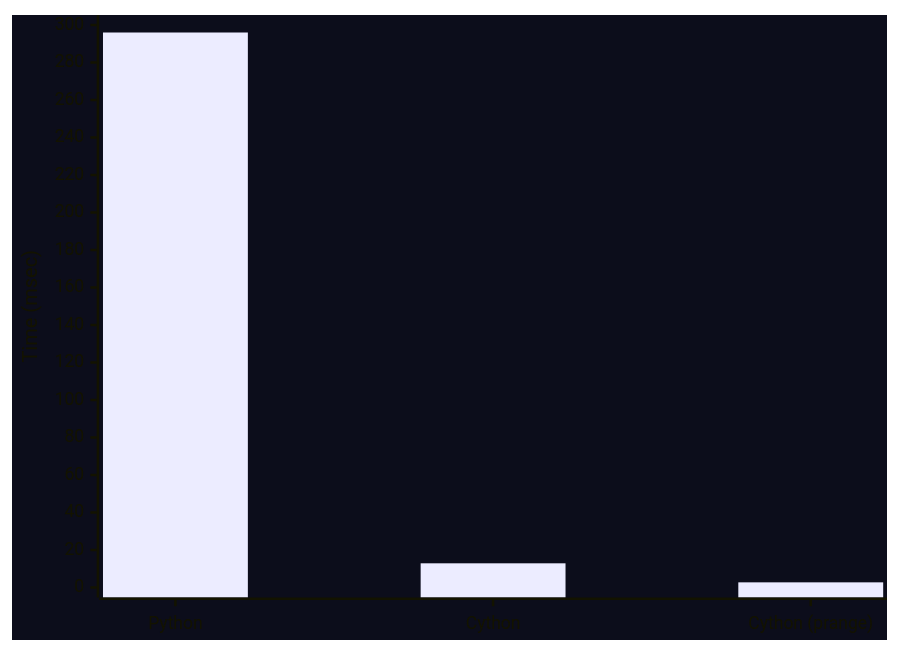
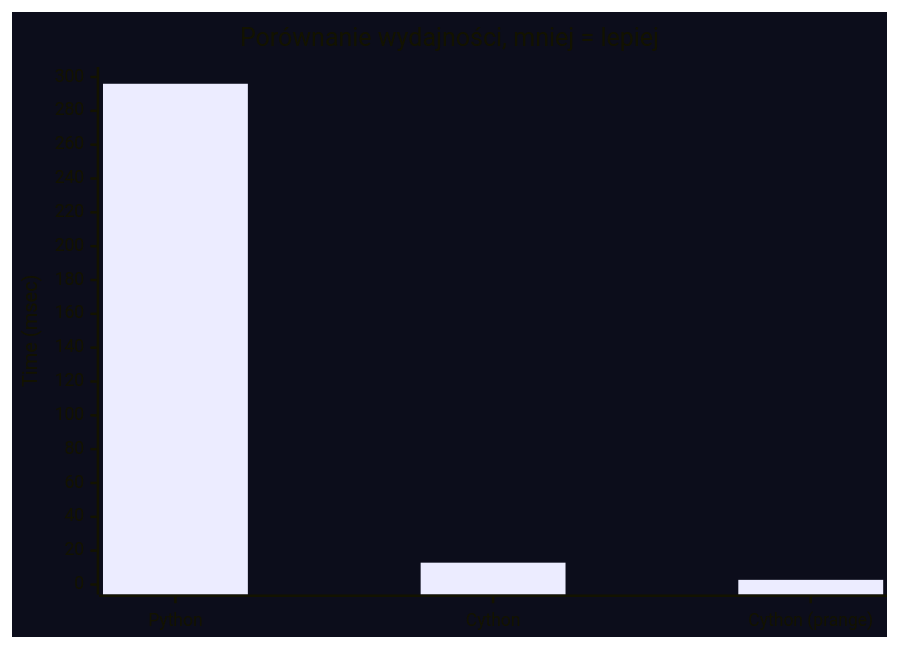
The diagram in cython_slides/slides.md (lchojnacki/cython_talk), drawn with Mermaid before and after one commit. The commit also changed other lines of this file and 3 other files, not shown here.

````diff
--- a/cython_slides/slides.md
+++ b/cython_slides/slides.md
@@ -673,12 +695,13 @@
 ```mermaid
 ---
 config:
     themeVariables:
         xyChart:
             backgroundColor: "#0C0D1B"
 ---
     xychart-beta
+    title "Porównanie wydajności, mniej = lepiej"
     x-axis [Python, Cython, "Cython (prange)"]
     y-axis "Time (msec)" 0 --> 300
     bar [296, 12.9, 2.75]
 ```
````
